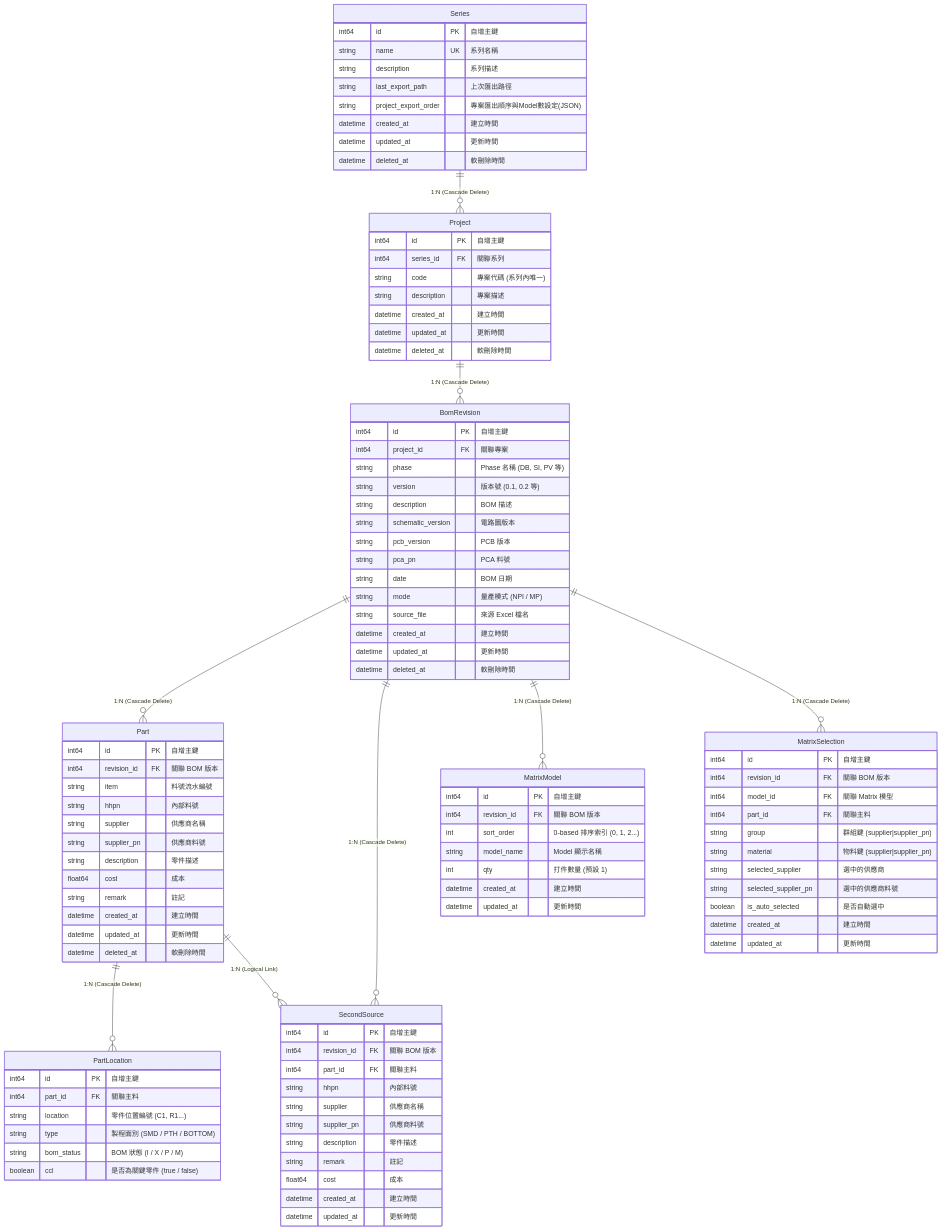
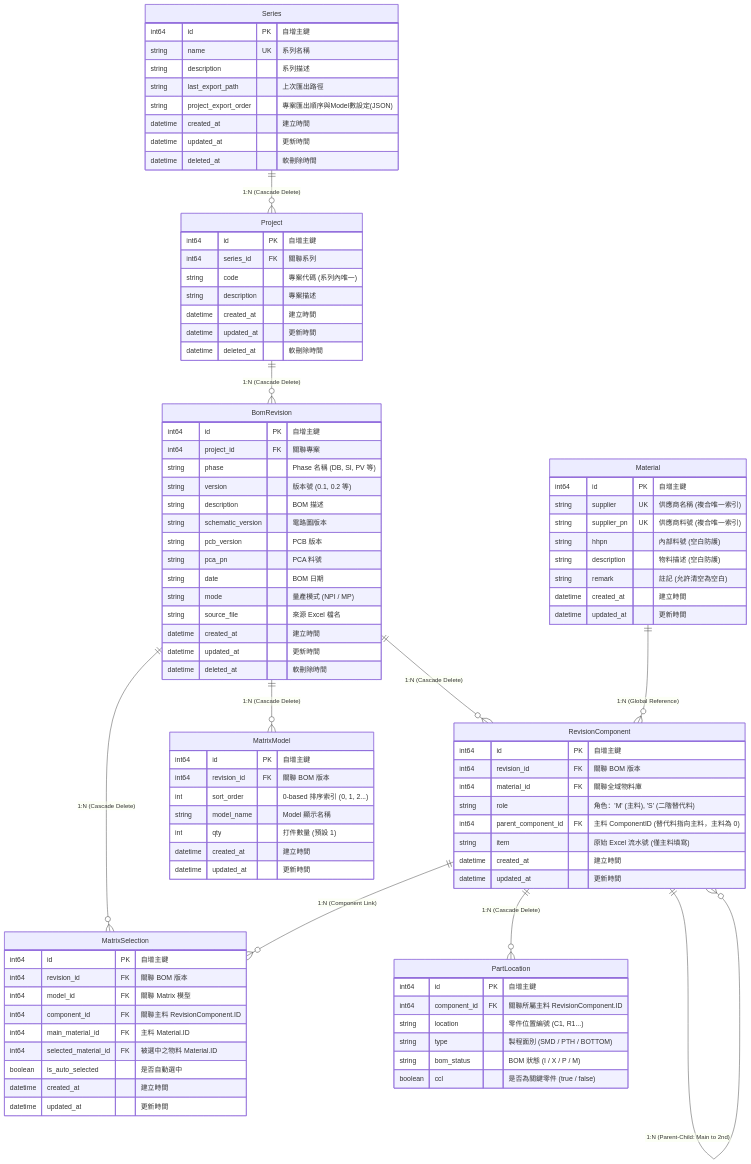
Before and after one commit to AngeloEyez/BOMIX: the diagram in docs/DB_Spec.md, drawn with Mermaid. The commit also changed other lines of this file and 29 other files, not shown here.

```diff
--- a/docs/DB_Spec.md
+++ b/docs/DB_Spec.md
@@ -39,13 +40,14 @@
 erDiagram
     Series ||--o{ Project : "1:N (Cascade Delete)"
     Project ||--o{ BomRevision : "1:N (Cascade Delete)"
-    BomRevision ||--o{ Part : "1:N (Cascade Delete)"
-    BomRevision ||--o{ SecondSource : "1:N (Cascade Delete)"
+    BomRevision ||--o{ RevisionComponent : "1:N (Cascade Delete)"
     BomRevision ||--o{ MatrixModel : "1:N (Cascade Delete)"
     BomRevision ||--o{ MatrixSelection : "1:N (Cascade Delete)"
     
-    Part ||--o{ PartLocation : "1:N (Cascade Delete)"
-    Part ||--o{ SecondSource : "1:N (Logical Link)"
+    Material ||--o{ RevisionComponent : "1:N (Global Reference)"
+    RevisionComponent ||--o{ RevisionComponent : "1:N (Parent-Child: Main to 2nd)"
+    RevisionComponent ||--o{ PartLocation : "1:N (Cascade Delete)"
+    RevisionComponent ||--o{ MatrixSelection : "1:N (Component Link)"
 
     Series {
         int64 id PK "自增主鍵"
@@ -85,42 +87,35 @@
         datetime deleted_at "軟刪除時間"
     }
 
-    Part {
+    Material {
+        int64 id PK "自增主鍵"
+        string supplier UK "供應商名稱 (複合唯一索引)"
+        string supplier_pn UK "供應商料號 (複合唯一索引)"
+        string hhpn "內部料號 (空白防護)"
+        string description "物料描述 (空白防護)"
+        string remark "註記 (允許清空為空白)"
+        datetime created_at "建立時間"
+        datetime updated_at "更新時間"
+    }
+
+    RevisionComponent {
         int64 id PK "自增主鍵"
         int64 revision_id FK "關聯 BOM 版本"
-        string item "料號流水編號"
-        string hhpn "內部料號"
-        string supplier "供應商名稱"
-        string supplier_pn "供應商料號"
-        string description "零件描述"
-        float64 cost "成本"
-        string remark "註記"
+        int64 material_id FK "關聯全域物料庫"
+        string role "角色：'M' (主料), 'S' (二階替代料)"
+        int64 parent_component_id FK "主料 ComponentID (替代料指向主料，主料為 0)"
+        string item "原始 Excel 流水號 (僅主料填寫)"
         datetime created_at "建立時間"
         datetime updated_at "更新時間"
-        datetime deleted_at "軟刪除時間"
     }
 
     PartLocation {
         int64 id PK "自增主鍵"
-        int64 part_id FK "關聯主料"
+        int64 component_id FK "關聯所屬主料 RevisionComponent.ID"
         string location "零件位置編號 (C1, R1...)"
         string type "製程面別 (SMD / PTH / BOTTOM)"
         string bom_status "BOM 狀態 (I / X / P / M)"
         boolean ccl "是否為關鍵零件 (true / false)"
-    }
-
-    SecondSource {
-        int64 id PK "自增主鍵"
-        int64 revision_id FK "關聯 BOM 版本"
-        int64 part_id FK "關聯主料"
-        string hhpn "內部料號"
-        string supplier "供應商名稱"
-        string supplier_pn "供應商料號"
-        string description "零件描述"
-        string remark "註記"
-        float64 cost "成本"
-        datetime created_at "建立時間"
-        datetime updated_at "更新時間"
     }
 
     MatrixModel {
@@ -137,11 +132,9 @@
         int64 id PK "自增主鍵"
         int64 revision_id FK "關聯 BOM 版本"
         int64 model_id FK "關聯 Matrix 模型"
-        int64 part_id FK "關聯主料"
-        string group "群組鍵 (supplier|supplier_pn)"
-        string material "物料鍵 (supplier|supplier_pn)"
-        string selected_supplier "選中的供應商"
-        string selected_supplier_pn "選中的供應商料號"
+        int64 component_id FK "關聯主料 RevisionComponent.ID"
+        int64 main_material_id FK "主料 Material.ID"
+        int64 selected_material_id FK "被選中之物料 Material.ID"
         boolean is_auto_selected "是否自動選中"
         datetime created_at "建立時間"
         datetime updated_at "更新時間"
```
